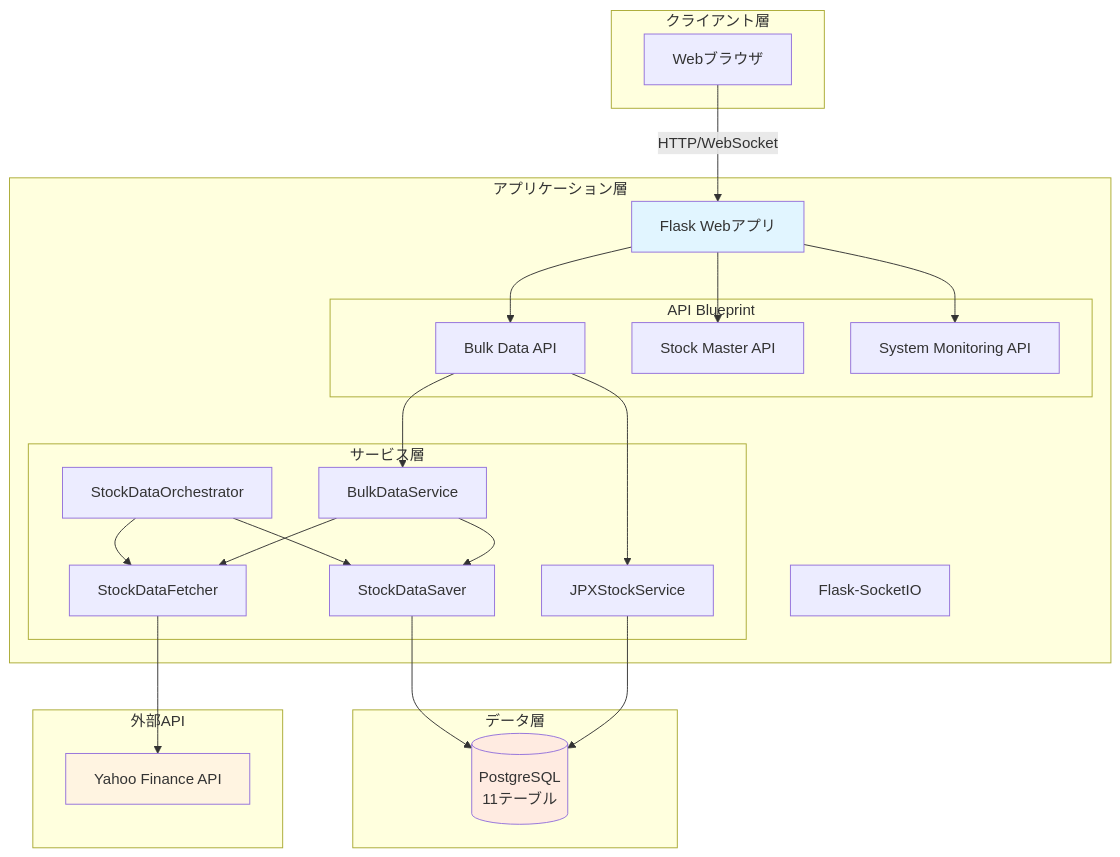
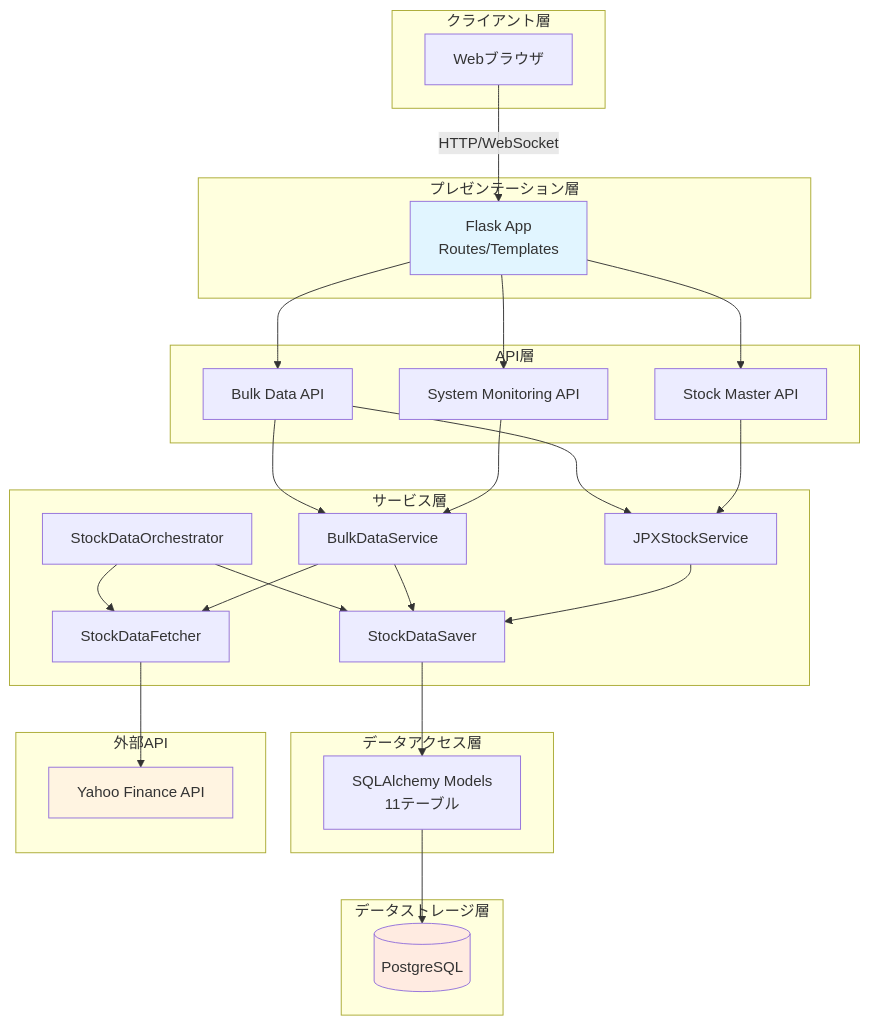
The first of 3 diagrams in docs/architecture/architecture_overview.md (TIMMY-WEST/STOCK-INVESTMENT-ANALYZER), drawn with Mermaid before and after one commit. The commit also changed other lines of this file, not shown here.

Commit message:
fix architecture doc

````diff
--- a/docs/architecture/architecture_overview.md
+++ b/docs/architecture/architecture_overview.md
@@ -86,45 +86,53 @@
 ```mermaid
 graph TB
     subgraph "クライアント層"
         Browser[Webブラウザ]
     end
 
-    subgraph "アプリケーション層"
-        Flask[Flask Webアプリ]
-        SocketIO[Flask-SocketIO]
-
-        subgraph "API Blueprint"
-            BulkAPI[Bulk Data API]
-            StockAPI[Stock Master API]
-            MonitorAPI[System Monitoring API]
-        end
-
-        subgraph "サービス層"
-            Orchestrator[StockDataOrchestrator]
-            Fetcher[StockDataFetcher]
-            Saver[StockDataSaver]
-            BulkService[BulkDataService]
-            JPXService[JPXStockService]
-        end
+    subgraph "プレゼンテーション層"
+        Flask[Flask App<br/>Routes/Templates]
     end
 
-    subgraph "データ層"
-        PostgreSQL[(PostgreSQL<br/>11テーブル)]
+    subgraph "API層"
+        BulkAPI[Bulk Data API]
+        StockAPI[Stock Master API]
+        MonitorAPI[System Monitoring API]
+    end
+
+    subgraph "サービス層"
+        Orchestrator[StockDataOrchestrator]
+        Fetcher[StockDataFetcher]
+        Saver[StockDataSaver]
+        BulkService[BulkDataService]
+        JPXService[JPXStockService]
+    end
+
+    subgraph "データアクセス層"
+        Models[SQLAlchemy Models<br/>11テーブル]
+    end
+
+    subgraph "データストレージ層"
+        PostgreSQL[(PostgreSQL)]
     end
 
     subgraph "外部API"
         YFinance[Yahoo Finance API]
     end
 
     Browser -->|HTTP/WebSocket| Flask
     Flask --> BulkAPI & StockAPI & MonitorAPI
     BulkAPI --> BulkService & JPXService
-    Orchestrator --> Fetcher --> YFinance
-    Orchestrator --> Saver --> PostgreSQL
+    StockAPI --> JPXService
+    MonitorAPI --> BulkService
+    Orchestrator --> Fetcher
+    Orchestrator --> Saver
     BulkService --> Fetcher & Saver
-    JPXService --> PostgreSQL
+    JPXService --> Saver
+    Fetcher --> YFinance
+    Saver --> Models
+    Models --> PostgreSQL
 
     style Flask fill:#e1f5ff
     style PostgreSQL fill:#ffebe1
     style YFinance fill:#fff4e1
 ```
````
